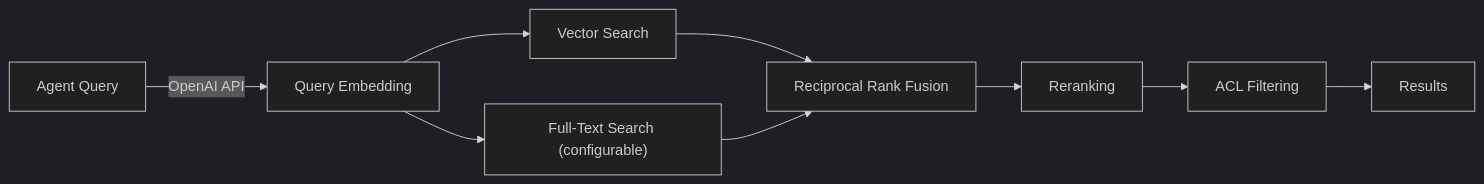
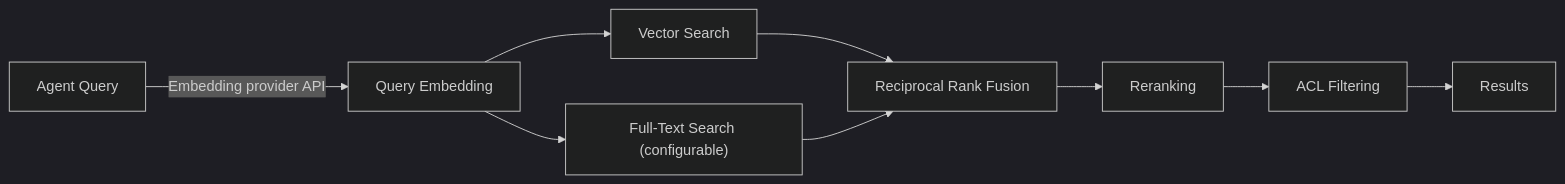
Before and after one commit to 64johnlee/archestra: the second of 2 diagrams in docs/pages/platform-knowledge-bases.md, drawn with Mermaid (dark theme). The commit also changed other lines of this file and 47 other files, not shown here.

````diff
--- a/docs/pages/platform-knowledge-bases.md
+++ b/docs/pages/platform-knowledge-bases.md
@@ -38,11 +38,11 @@
 ```mermaid
 flowchart LR
-    Q[Agent Query] -->|OpenAI API| QE[Query Embedding]
+    Q[Agent Query] -->|Embedding provider API| QE[Query Embedding]
     QE --> VS[Vector Search]
     QE --> FTS["Full-Text Search (configurable)"]
     VS --> RRF[Reciprocal Rank Fusion]
     FTS --> RRF
     RRF --> RR[Reranking]
     RR --> ACL[ACL Filtering]
     ACL --> R[Results]
 ```
````
